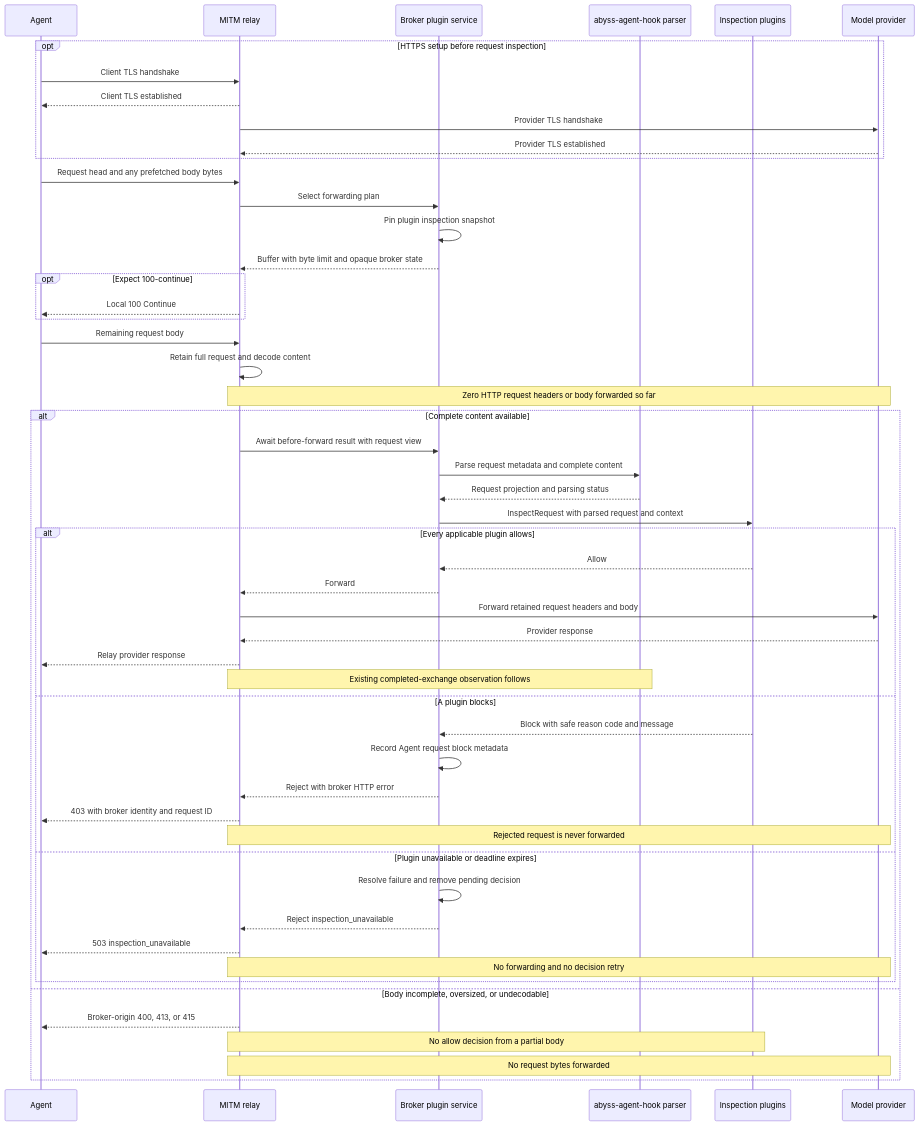
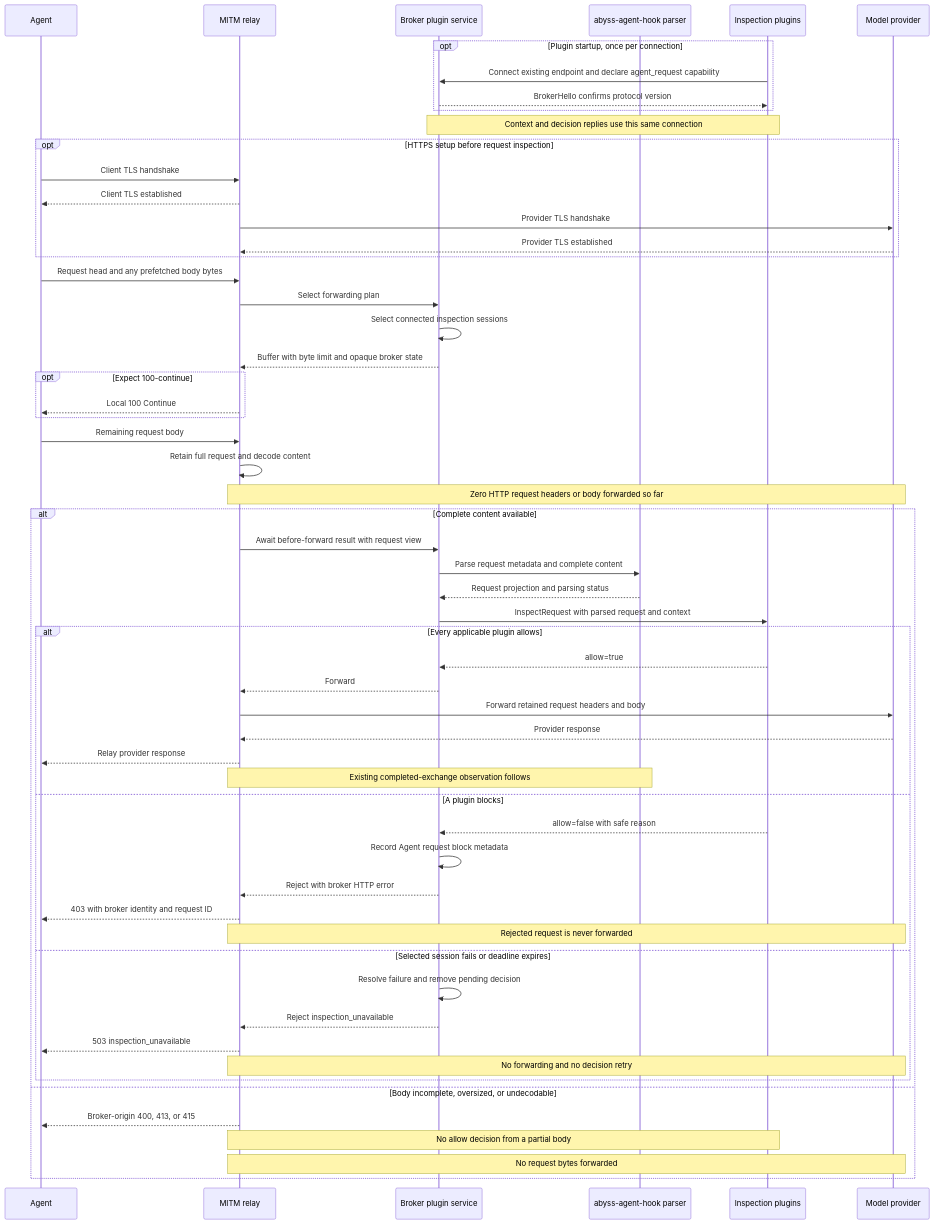
Before and after one commit to lexmount/abyss-rs: the third of 4 diagrams in docs/request-blocking-design.md, drawn with Mermaid. The commit also changed other lines of this file, not shown here.

First line of the commit message:
docs: simplify plugin inspection lifecycle

````diff
--- a/docs/request-blocking-design.md
+++ b/docs/request-blocking-design.md
@@ -346,54 +343,59 @@
 ```mermaid
 sequenceDiagram
     participant A as Agent
     participant M as MITM relay
     participant B as Broker plugin service
     participant R as abyss-agent-hook parser
     participant H as Inspection plugins
     participant P as Model provider
+    opt Plugin startup, once per connection
+        H->>B: Connect existing endpoint and declare agent_request capability
+        B-->>H: BrokerHello confirms protocol version
+    end
+    Note over B,H: Context and decision replies use this same connection
     opt HTTPS setup before request inspection
         A->>M: Client TLS handshake
         M-->>A: Client TLS established
         M->>P: Provider TLS handshake
         P-->>M: Provider TLS established
     end
     A->>M: Request head and any prefetched body bytes
     M->>B: Select forwarding plan
-    B->>B: Pin plugin inspection snapshot
+    B->>B: Select connected inspection sessions
     B-->>M: Buffer with byte limit and opaque broker state
     opt Expect 100-continue
         M-->>A: Local 100 Continue
     end
     A->>M: Remaining request body
     M->>M: Retain full request and decode content
     Note over M,P: Zero HTTP request headers or body forwarded so far
     alt Complete content available
         M->>B: Await before-forward result with request view
         B->>R: Parse request metadata and complete content
         R-->>B: Request projection and parsing status
         B->>H: InspectRequest with parsed request and context
         alt Every applicable plugin allows
-            H-->>B: Allow
+            H-->>B: allow=true
             B-->>M: Forward
             M->>P: Forward retained request headers and body
             P-->>M: Provider response
             M-->>A: Relay provider response
             Note over M,R: Existing completed-exchange observation follows
         else A plugin blocks
-            H-->>B: Block with safe reason code and message
+            H-->>B: allow=false with safe reason
             B->>B: Record Agent request block metadata
             B-->>M: Reject with broker HTTP error
             M-->>A: 403 with broker identity and request ID
             Note over M,P: Rejected request is never forwarded
-        else Plugin unavailable or deadline expires
+        else Selected session fails or deadline expires
             B->>B: Resolve failure and remove pending decision
             B-->>M: Reject inspection_unavailable
             M-->>A: 503 inspection_unavailable
             Note over M,P: No forwarding and no decision retry
         end
     else Body incomplete, oversized, or undecodable
         M-->>A: Broker-origin 400, 413, or 415
         Note over M,H: No allow decision from a partial body
         Note over M,P: No request bytes forwarded
     end
 ```
````
